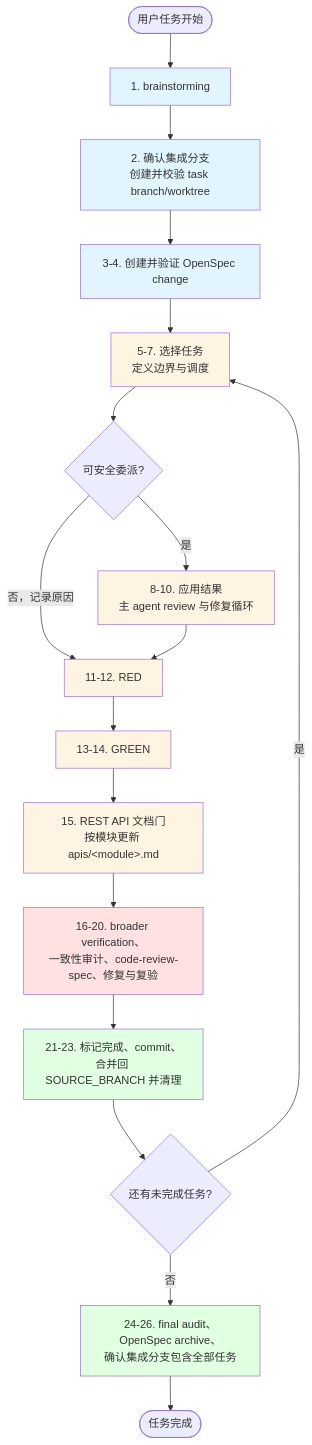
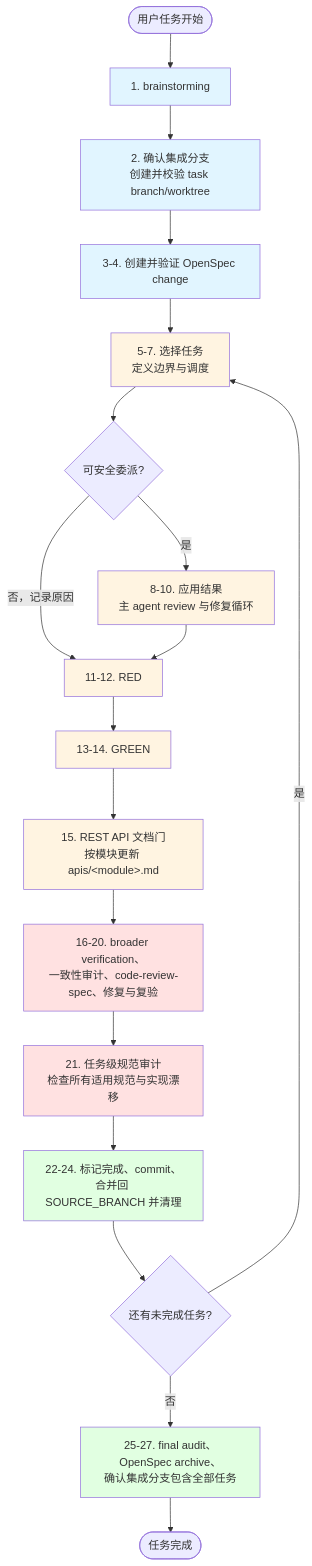
One commit to lvdaxianer/skills changed the diagram in DEVELOPMENT_WORKFLOW_GUIDE.md. Above: the diagram before and after it, drawn with Mermaid. The commit also changed other lines of this file and 2 other files, not shown here.

````diff
--- a/DEVELOPMENT_WORKFLOW_GUIDE.md
+++ b/DEVELOPMENT_WORKFLOW_GUIDE.md
@@ -30,31 +31,33 @@
 ```mermaid
 flowchart TD
     Start([用户任务开始]) --> B[1. brainstorming]
     B --> W[2. 确认集成分支<br/>创建并校验 task branch/worktree]
     W --> P[3-4. 创建并验证 OpenSpec change]
     P --> T[5-7. 选择任务<br/>定义边界与调度]
     T --> D{可安全委派?}
     D -->|是| R[8-10. 应用结果<br/>主 agent review 与修复循环]
     D -->|否，记录原因| Red[11-12. RED]
     R --> Red
     Red --> Green[13-14. GREEN]
     Green --> ApiDocs[15. REST API 文档门<br/>按模块更新 apis/&lt;module&gt;.md]
     ApiDocs --> Audit[16-20. broader verification、<br/>一致性审计、code-review-spec、修复与复验]
-    Audit --> C[21-23. 标记完成、commit、<br/>合并回 SOURCE_BRANCH 并清理]
+    Audit --> TaskAudit[21. 任务级规范审计<br/>检查所有适用规范与实现漂移]
+    TaskAudit --> C[22-24. 标记完成、commit、<br/>合并回 SOURCE_BRANCH 并清理]
     C --> More{还有未完成任务?}
     More -->|是| T
-    More -->|否| F[24-26. final audit、OpenSpec archive、<br/>确认集成分支包含全部任务]
+    More -->|否| F[25-27. final audit、OpenSpec archive、<br/>确认集成分支包含全部任务]
     F --> End([任务完成])
     
     style B fill:#e1f5ff
     style W fill:#e1f5ff
     style P fill:#e1f5ff
     style T fill:#fff4e1
     style R fill:#fff4e1
     style Red fill:#fff4e1
     style Green fill:#fff4e1
     style ApiDocs fill:#fff4e1
     style Audit fill:#ffe1e1
+    style TaskAudit fill:#ffe1e1
     style C fill:#e1ffe1
     style F fill:#e1ffe1
 ```
````
